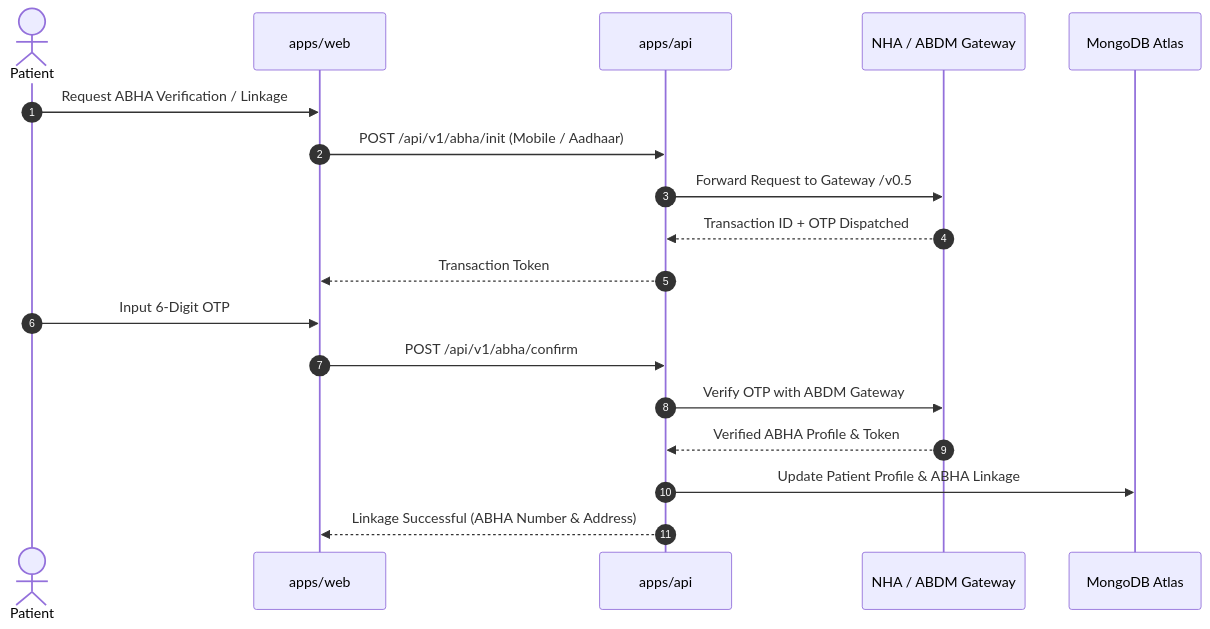
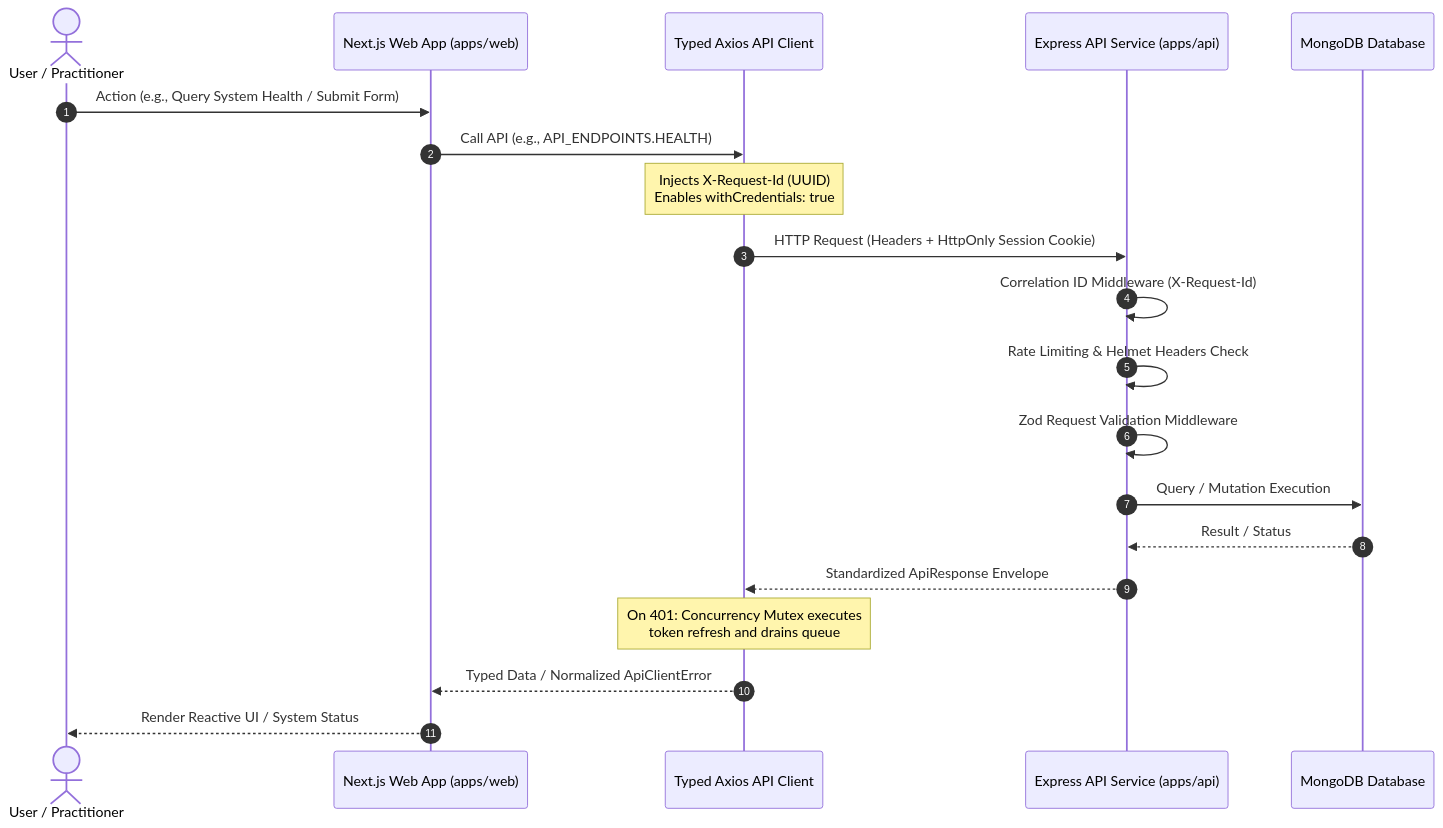
The second of 3 diagrams in docs/architecture.md (Kushagra26102006/healthbridge-india), drawn with Mermaid before and after one commit. The commit also changed other lines of this file and 83 other files, not shown here.

Commit message:
feat(monorepo): complete shared packages, frontend-backend integration, typed API client, and environment verification (Day 1 Task 05)

````diff
--- a/docs/architecture.md
+++ b/docs/architecture.md
@@ -61,21 +61,23 @@
 ```mermaid
 sequenceDiagram
     autonumber
-    actor Patient
-    participant Web as apps/web
-    participant API as apps/api
-    participant ABDM as NHA / ABDM Gateway
-    participant Atlas as MongoDB Atlas
+    actor User as User / Practitioner
+    participant Web as Next.js Web App (apps/web)
+    participant Client as Typed Axios API Client
+    participant API as Express API Service (apps/api)
+    participant DB as MongoDB Database
 
-    Patient->>Web: Request ABHA Verification / Linkage
-    Web->>API: POST /api/v1/abha/init (Mobile / Aadhaar)
-    API->>ABDM: Forward Request to Gateway /v0.5
-    ABDM-->>API: Transaction ID + OTP Dispatched
-    API-->>Web: Transaction Token
-    Patient->>Web: Input 6-Digit OTP
-    Web->>API: POST /api/v1/abha/confirm
-    API->>ABDM: Verify OTP with ABDM Gateway
-    ABDM-->>API: Verified ABHA Profile & Token
-    API->>Atlas: Update Patient Profile & ABHA Linkage
-    API-->>Web: Linkage Successful (ABHA Number & Address)
+    User->>Web: Action (e.g., Query System Health / Submit Form)
+    Web->>Client: Call API (e.g., API_ENDPOINTS.HEALTH)
+    Note over Client: Injects X-Request-Id (UUID)<br/>Enables withCredentials: true
+    Client->>API: HTTP Request (Headers + HttpOnly Session Cookie)
+    API->>API: Correlation ID Middleware (X-Request-Id)
+    API->>API: Rate Limiting & Helmet Headers Check
+    API->>API: Zod Request Validation Middleware
+    API->>DB: Query / Mutation Execution
+    DB-->>API: Result / Status
+    API-->>Client: Standardized ApiResponse Envelope
+    Note over Client: On 401: Concurrency Mutex executes<br/>token refresh and drains queue
+    Client-->>Web: Typed Data / Normalized ApiClientError
+    Web-->>User: Render Reactive UI / System Status
 ```
````
